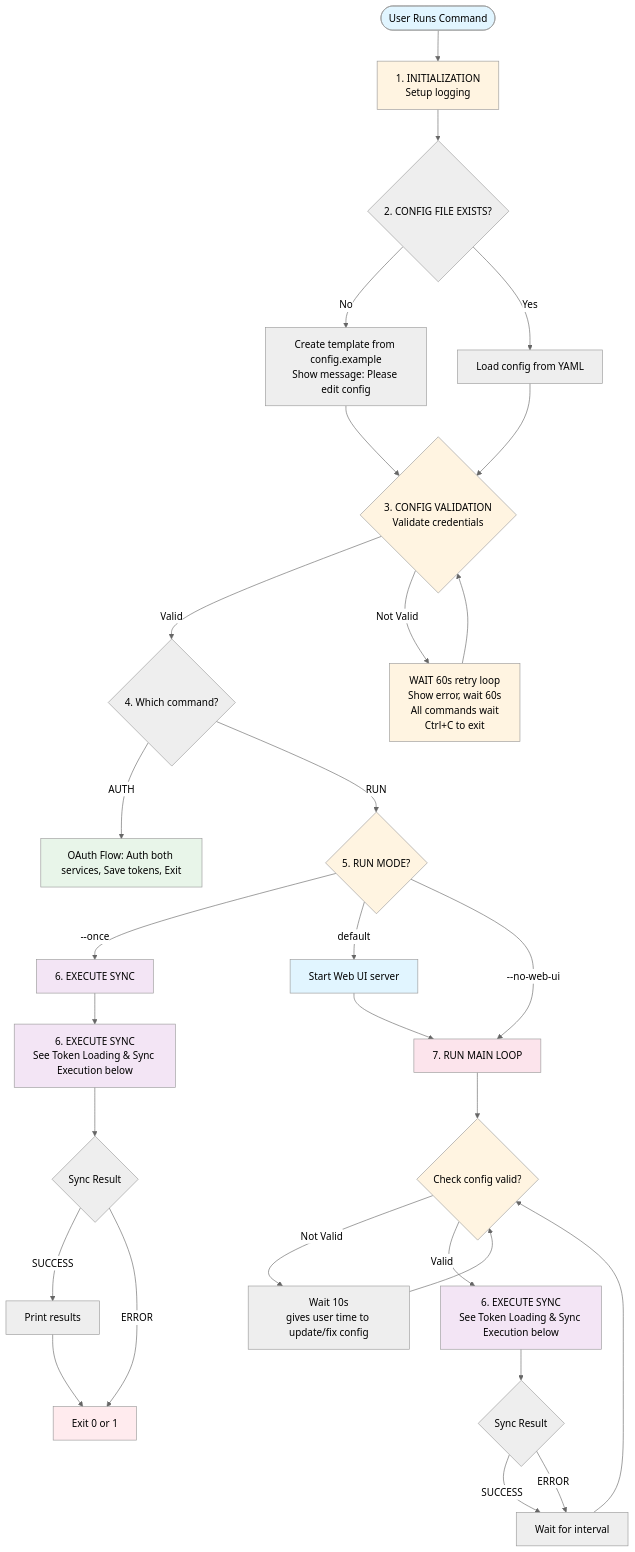
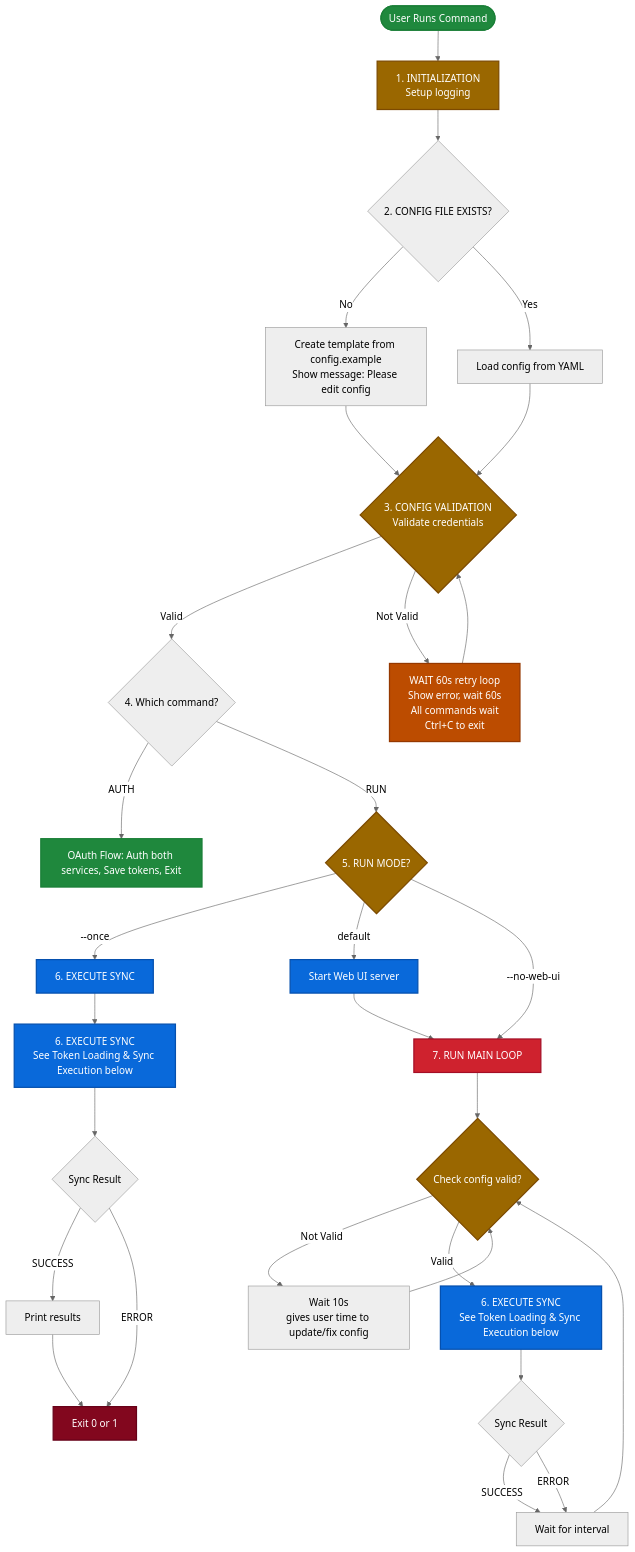
The first of 4 diagrams in README.md (Tareku99/anilist-mal-sync-v2), drawn with Mermaid (neutral theme) before and after one commit. The commit also changed other lines of this file and 1 other file, not shown here.

Commit message:
style: update README diagram colors for improved visibility and add support section

````diff
--- a/README.md
+++ b/README.md
@@ -229,63 +229,63 @@
 ```mermaid
 flowchart TD
     Start([User Runs Command]) --> Init[1. INITIALIZATION<br/>Setup logging]
     
     Init --> ConfigExists{2. CONFIG FILE EXISTS?}
     
     ConfigExists -->|No| CreateTemplate[Create template from config.example<br/>Show message: Please edit config]
     ConfigExists -->|Yes| LoadConfig[Load config from YAML]
     
     CreateTemplate --> ConfigValidate
     LoadConfig --> ConfigValidate
     
     ConfigValidate{3. CONFIG VALIDATION<br/>Validate credentials}
     
     ConfigValidate -->|Valid| CommandSplit{4. Which command?}
     ConfigValidate -->|Not Valid| WaitLoop[WAIT 60s retry loop<br/>Show error, wait 60s<br/>All commands wait<br/>Ctrl+C to exit]
     
     WaitLoop --> ConfigValidate
     
     CommandSplit -->|AUTH| AuthFlow[OAuth Flow: Auth both services, Save tokens, Exit]
     CommandSplit -->|RUN| RunModeCheck{5. RUN MODE?}
     
     RunModeCheck -->|--once| ExecuteSync[6. EXECUTE SYNC]
     RunModeCheck -->|default| WebUIStart[Start Web UI server]
     RunModeCheck -->|--no-web-ui| MainLoop[7. RUN MAIN LOOP]
     
     WebUIStart --> MainLoop
     
     ExecuteSync --> TokenSyncDetails[6. EXECUTE SYNC<br/>See Token Loading & Sync Execution below]
     MainLoop --> ConfigCheck{Check config valid?}
     
     ConfigCheck -->|Not Valid| Wait10[Wait 10s<br/>gives user time to update/fix config]
     ConfigCheck -->|Valid| ExecuteSyncLoop[6. EXECUTE SYNC<br/>See Token Loading & Sync Execution below]
     
     Wait10 --> ConfigCheck
     
     TokenSyncDetails --> SyncResult{Sync Result}
     ExecuteSyncLoop --> SyncResultLoop{Sync Result}
     
     SyncResult -->|SUCCESS| PrintResults[Print results]
     SyncResult -->|ERROR| ExitOnce[Exit with error]
     
     SyncResultLoop -->|SUCCESS| WaitInterval[Wait for interval]
     SyncResultLoop -->|ERROR| WaitInterval
     
     PrintResults --> ExitOnce[Exit 0 or 1]
     WaitInterval --> ConfigCheck
     
-    style ExecuteSync fill:#f3e5f5
-    style ExecuteSyncLoop fill:#f3e5f5
-    style TokenSyncDetails fill:#f3e5f5
+    style ExecuteSync fill:#0969da,stroke:#0550ae,stroke-width:2px,color:#fff
+    style ExecuteSyncLoop fill:#0969da,stroke:#0550ae,stroke-width:2px,color:#fff
+    style TokenSyncDetails fill:#0969da,stroke:#0550ae,stroke-width:2px,color:#fff
     
-    style Start fill:#e1f5ff
-    style Init fill:#fff4e1
-    style ConfigCheck fill:#fff4e1
-    style ConfigValidate fill:#fff4e1
-    style AuthFlow fill:#e8f5e9
-    style MainLoop fill:#fce4ec
-    style WebUIStart fill:#e1f5ff
-    style RunModeCheck fill:#fff4e1
-    style WaitLoop fill:#fff4e1
-    style ExitOnce fill:#ffebee
+    style Start fill:#1f883d,stroke:#1a7f37,stroke-width:2px,color:#fff
+    style Init fill:#9a6700,stroke:#7c4a00,stroke-width:2px,color:#fff
+    style ConfigCheck fill:#9a6700,stroke:#7c4a00,stroke-width:2px,color:#fff
+    style ConfigValidate fill:#9a6700,stroke:#7c4a00,stroke-width:2px,color:#fff
+    style AuthFlow fill:#1f883d,stroke:#1a7f37,stroke-width:2px,color:#fff
+    style MainLoop fill:#cf222e,stroke:#a40e26,stroke-width:2px,color:#fff
+    style WebUIStart fill:#0969da,stroke:#0550ae,stroke-width:2px,color:#fff
+    style RunModeCheck fill:#9a6700,stroke:#7c4a00,stroke-width:2px,color:#fff
+    style WaitLoop fill:#bc4c00,stroke:#953800,stroke-width:2px,color:#fff
+    style ExitOnce fill:#82071e,stroke:#660018,stroke-width:2px,color:#fff
 ```
````
